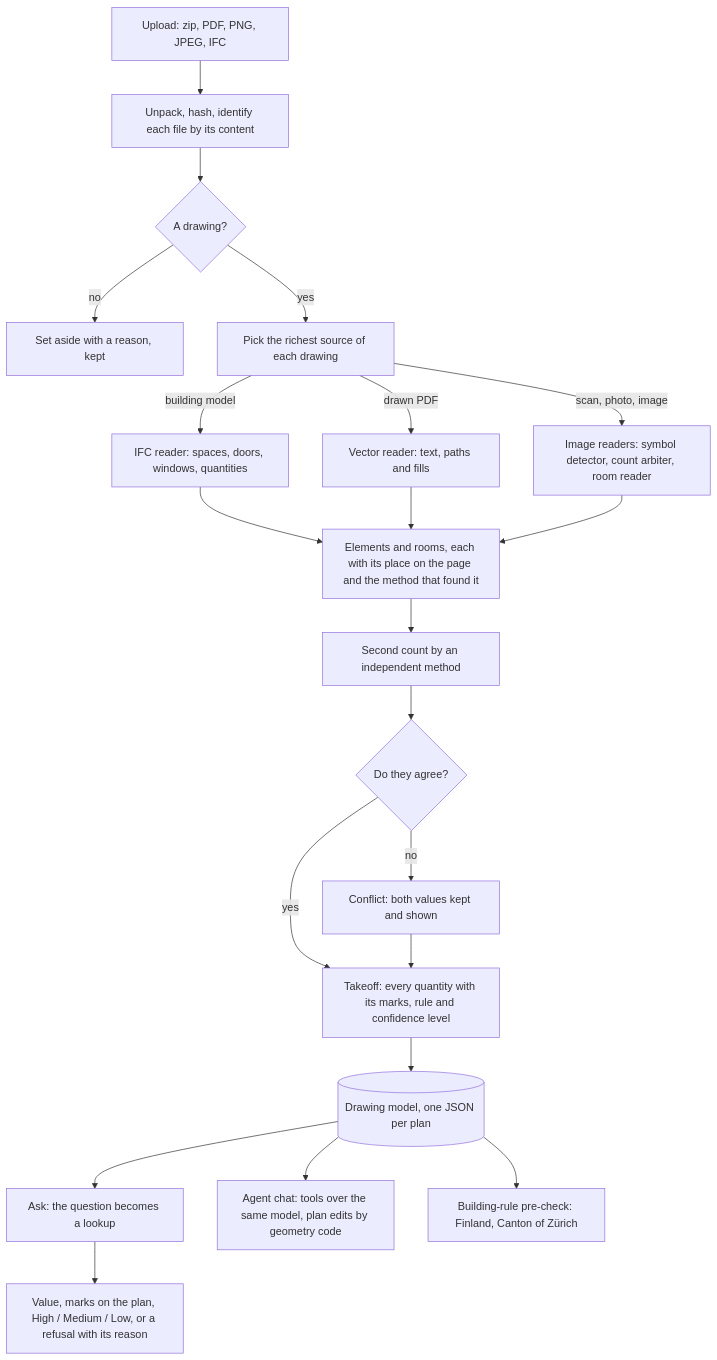
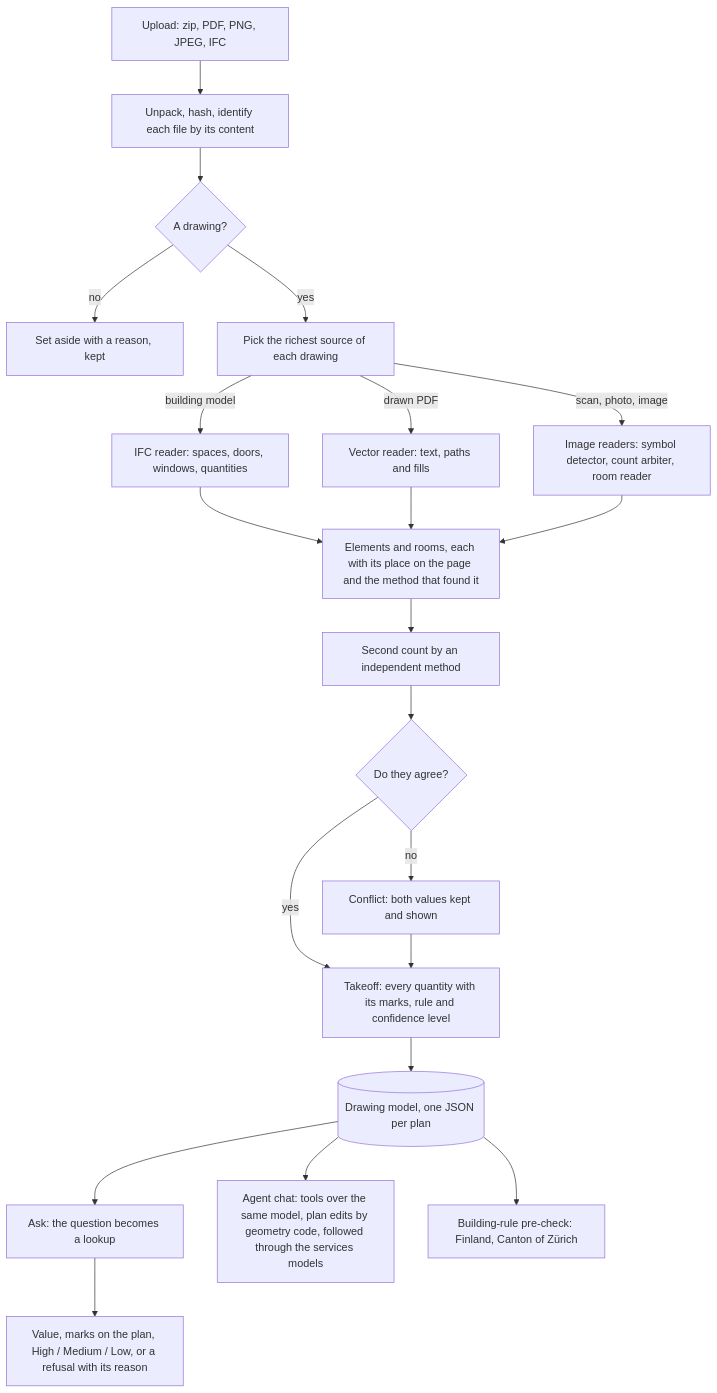
The diagram in README.md (Hour49/Junction26), drawn with Mermaid before and after one commit. The commit also changed other lines of this file and 2 other files, not shown here.

Commit message:
Docs describe main at 3d0dc59: the demo config and what stays off with the measured reasons, parallel ingest, raster memory, drawable sheets, services, IFC fact sheets in the chat; KNOWN K5/K6 updated, K12-K14 added

````diff
--- a/README.md
+++ b/README.md
@@ -134,23 +142,23 @@
 ```mermaid
 flowchart TD
     IN["Upload: zip, PDF, PNG, JPEG, IFC"] --> ID["Unpack, hash, identify each file by its content"]
     ID --> PLAN{"A drawing?"}
     PLAN -- no --> ASIDE["Set aside with a reason, kept"]
     PLAN -- yes --> ROUTE["Pick the richest source of each drawing"]
     ROUTE -- "building model" --> BIM["IFC reader: spaces, doors, windows, quantities"]
     ROUTE -- "drawn PDF" --> VEC["Vector reader: text, paths and fills"]
     ROUTE -- "scan, photo, image" --> RAS["Image readers: symbol detector, count arbiter, room reader"]
     BIM --> EL["Elements and rooms, each with its place on the page and the method that found it"]
     VEC --> EL
     RAS --> EL
     EL --> SECOND["Second count by an independent method"]
     SECOND --> AGREE{"Do they agree?"}
     AGREE -- no --> CONFLICT["Conflict: both values kept and shown"]
     AGREE -- yes --> TAKEOFF["Takeoff: every quantity with its marks, rule and confidence level"]
     CONFLICT --> TAKEOFF
     TAKEOFF --> MODEL[("Drawing model, one JSON per plan")]
     MODEL --> ASK["Ask: the question becomes a lookup"]
-    MODEL --> CHAT["Agent chat: tools over the same model, plan edits by geometry code"]
+    MODEL --> CHAT["Agent chat: tools over the same model, plan edits by geometry code, followed through the services models"]
     MODEL --> RULES["Building-rule pre-check: Finland, Canton of Zürich"]
     ASK --> ANSWER["Value, marks on the plan, High / Medium / Low, or a refusal with its reason"]
 ```
````
